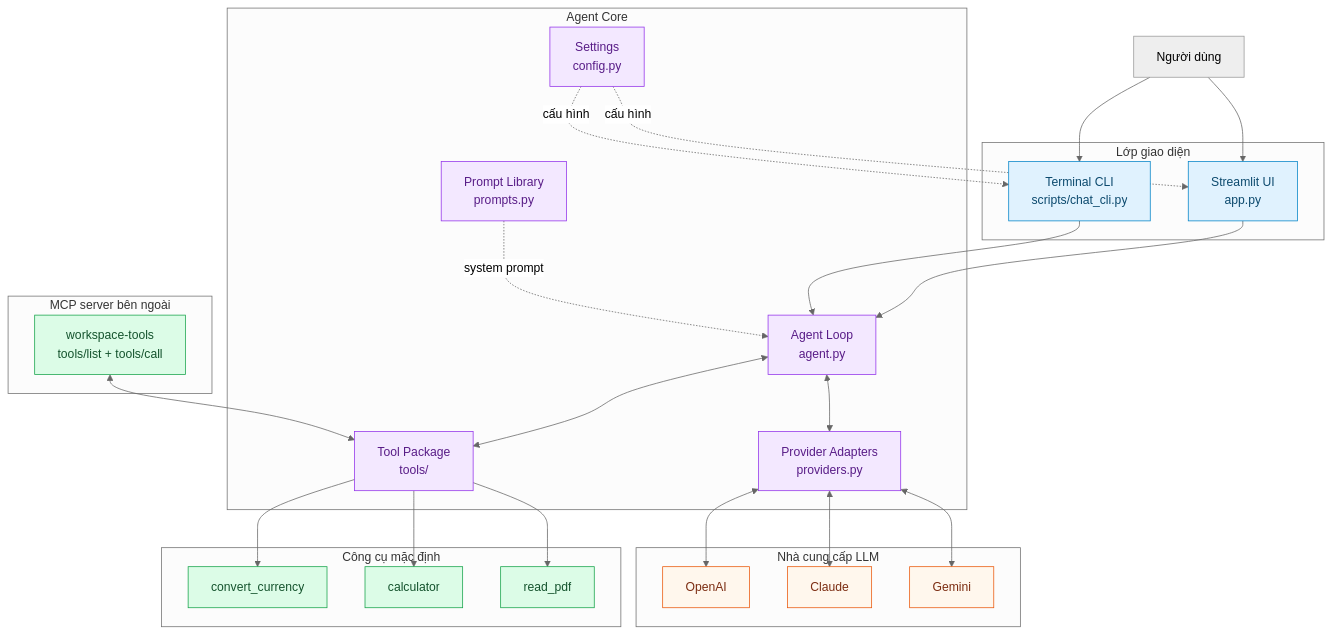
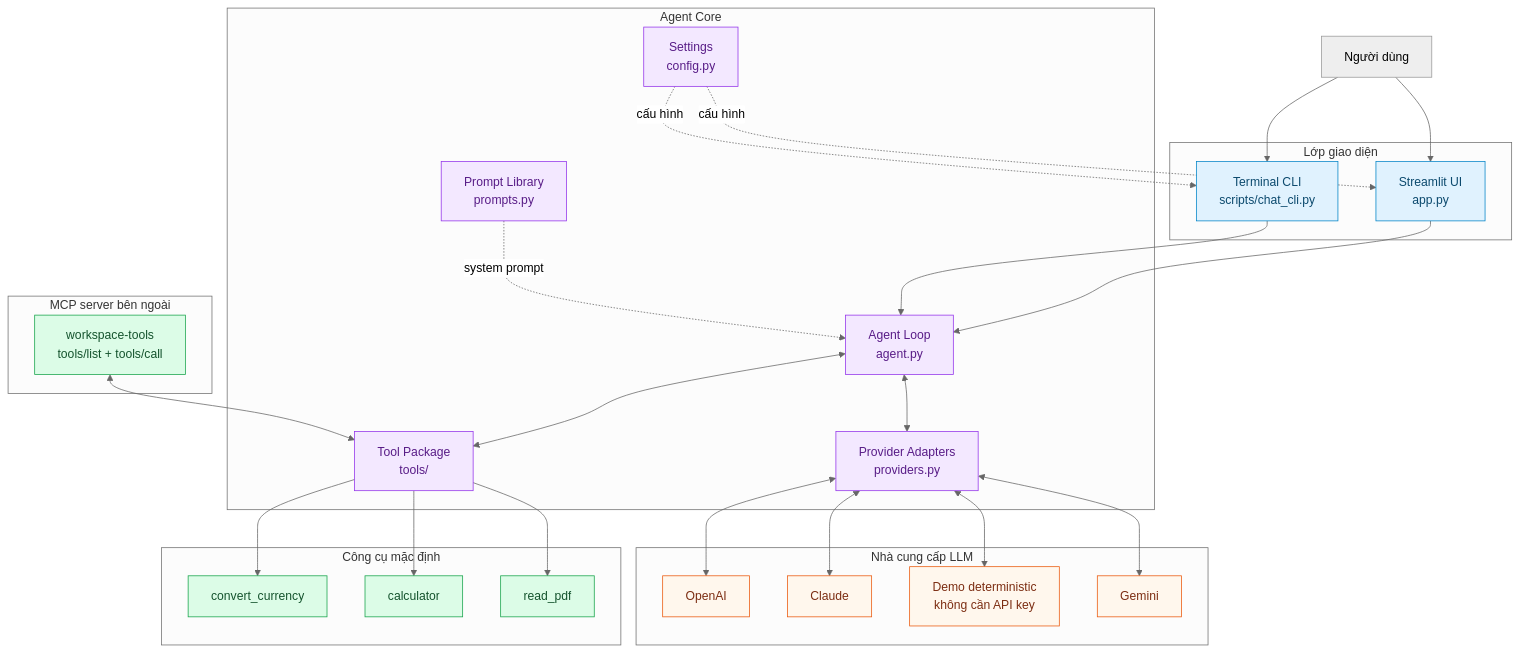
Before and after one commit to breslee1707/AI_AGENT_FROM_ZERO: the second of 4 diagrams in README.md, drawn with Mermaid (neutral theme). The commit also changed other lines of this file and 6 other files, not shown here.

Commit message:
feat: add API-free deterministic demo provider

````diff
--- a/README.md
+++ b/README.md
@@ -69,60 +69,62 @@
 ```mermaid
 flowchart TB
     U["Người dùng"]
 
     subgraph I["Lớp giao diện"]
         WEB["Streamlit UI<br/>app.py"]
         CLI["Terminal CLI<br/>scripts/chat_cli.py"]
     end
 
     subgraph C["Agent Core"]
         AGENT["Agent Loop<br/>agent.py"]
         PROMPT["Prompt Library<br/>prompts.py"]
         CONFIG["Settings<br/>config.py"]
         ADAPTER["Provider Adapters<br/>providers.py"]
         REGISTRY["Tool Package<br/>tools/"]
     end
 
     subgraph L["Nhà cung cấp LLM"]
+        DEMO["Demo deterministic<br/>không cần API key"]
         GEMINI["Gemini"]
         CLAUDE["Claude"]
         OPENAI["OpenAI"]
     end
 
     subgraph T["Công cụ mặc định"]
         PDF["read_pdf"]
         CALC["calculator"]
         FX["convert_currency"]
     end
 
     subgraph M["MCP server bên ngoài"]
         MCP["workspace-tools<br/>tools/list + tools/call"]
     end
 
     U --> WEB
     U --> CLI
     WEB --> AGENT
     CLI --> AGENT
     CONFIG -. cấu hình .-> WEB
     CONFIG -. cấu hình .-> CLI
     PROMPT -. system prompt .-> AGENT
     AGENT <--> ADAPTER
     ADAPTER <--> GEMINI
+    ADAPTER <--> DEMO
     ADAPTER <--> CLAUDE
     ADAPTER <--> OPENAI
     AGENT <--> REGISTRY
     REGISTRY --> PDF
     REGISTRY --> CALC
     REGISTRY --> FX
     MCP <--> REGISTRY
 
     classDef interface fill:#E0F2FE,stroke:#0284C7,color:#0C4A6E;
     classDef core fill:#F3E8FF,stroke:#9333EA,color:#581C87;
     classDef provider fill:#FFF7ED,stroke:#EA580C,color:#7C2D12;
     classDef tool fill:#DCFCE7,stroke:#16A34A,color:#14532D;
     class WEB,CLI interface;
     class AGENT,PROMPT,CONFIG,ADAPTER,REGISTRY core;
-    class GEMINI,CLAUDE,OPENAI provider;
+    class DEMO,GEMINI,CLAUDE,OPENAI provider;
     class PDF,CALC,FX tool;
     class MCP tool;
 ```
````
